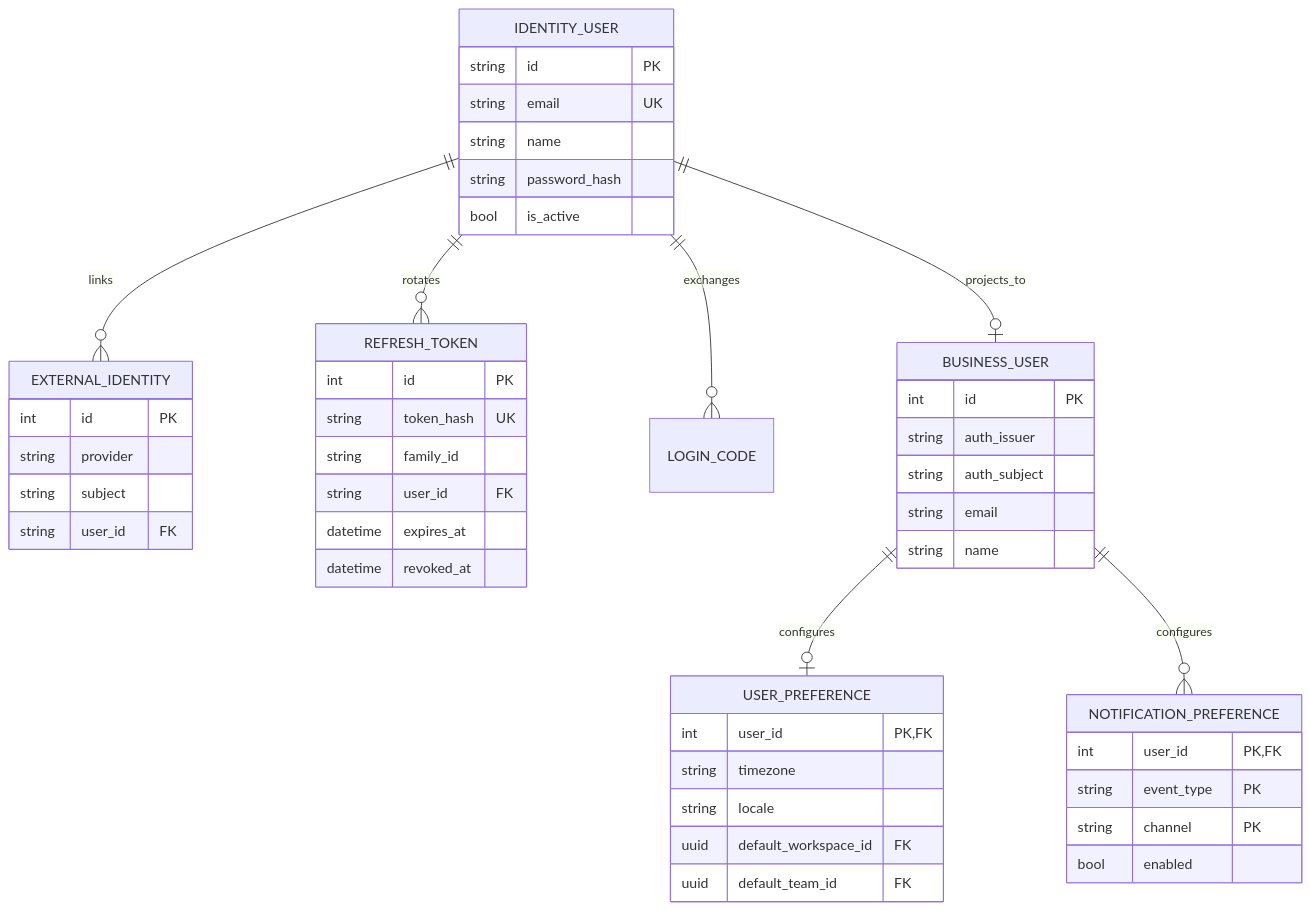
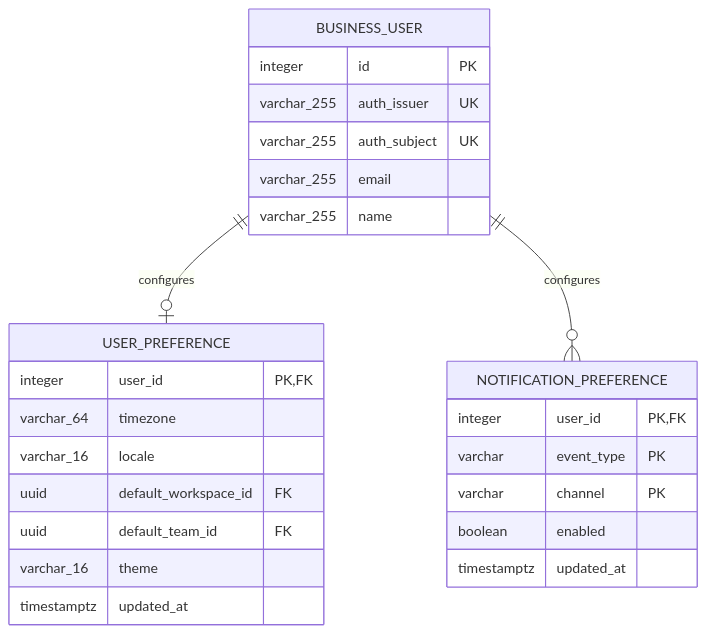
Before and after one commit to wangd606/commonplan-api: the diagram in docs/data-model/01-identity-profile.md, drawn with Mermaid. The commit also changed other lines of this file and 2 other files, not shown here.

Commit message:
docs: reconcile design with migrated schema

````diff
--- a/docs/data-model/01-identity-profile.md
+++ b/docs/data-model/01-identity-profile.md
@@ -5,51 +27,29 @@
 ```mermaid
 erDiagram
-    IDENTITY_USER ||--o{ EXTERNAL_IDENTITY : links
-    IDENTITY_USER ||--o{ REFRESH_TOKEN : rotates
-    IDENTITY_USER ||--o{ LOGIN_CODE : exchanges
-    IDENTITY_USER ||--o| BUSINESS_USER : projects_to
     BUSINESS_USER ||--o| USER_PREFERENCE : configures
     BUSINESS_USER ||--o{ NOTIFICATION_PREFERENCE : configures
 
-    IDENTITY_USER {
-        string id PK
-        string email UK
-        string name
-        string password_hash
-        bool is_active
-    }
-    EXTERNAL_IDENTITY {
-        int id PK
-        string provider
-        string subject
-        string user_id FK
-    }
-    REFRESH_TOKEN {
-        int id PK
-        string token_hash UK
-        string family_id
-        string user_id FK
-        datetime expires_at
-        datetime revoked_at
-    }
     BUSINESS_USER {
-        int id PK
-        string auth_issuer
-        string auth_subject
-        string email
-        string name
+        integer id PK
+        varchar_255 auth_issuer UK
+        varchar_255 auth_subject UK
+        varchar_255 email
+        varchar_255 name
     }
     USER_PREFERENCE {
-        int user_id PK, FK
-        string timezone
-        string locale
+        integer user_id PK, FK
+        varchar_64 timezone
+        varchar_16 locale
         uuid default_workspace_id FK
         uuid default_team_id FK
+        varchar_16 theme
+        timestamptz updated_at
     }
     NOTIFICATION_PREFERENCE {
-        int user_id PK, FK
-        string event_type PK
-        string channel PK
-        bool enabled
+        integer user_id PK, FK
+        varchar event_type PK
+        varchar channel PK
+        boolean enabled
+        timestamptz updated_at
     }
 ```
````
